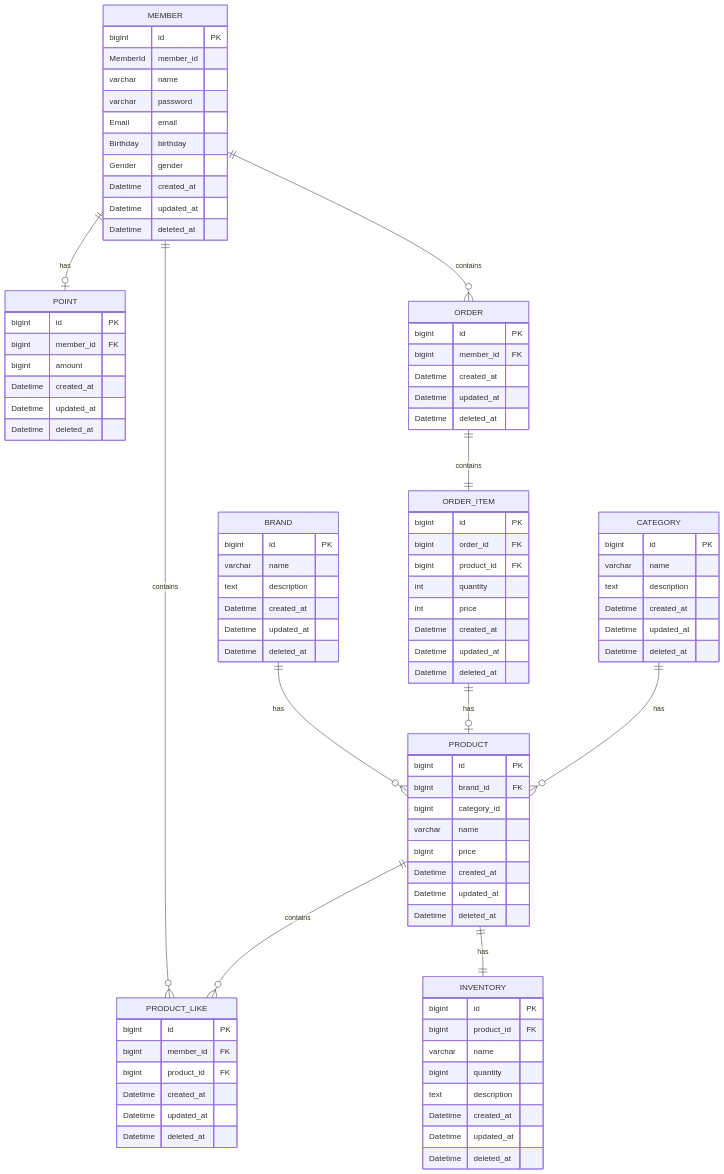
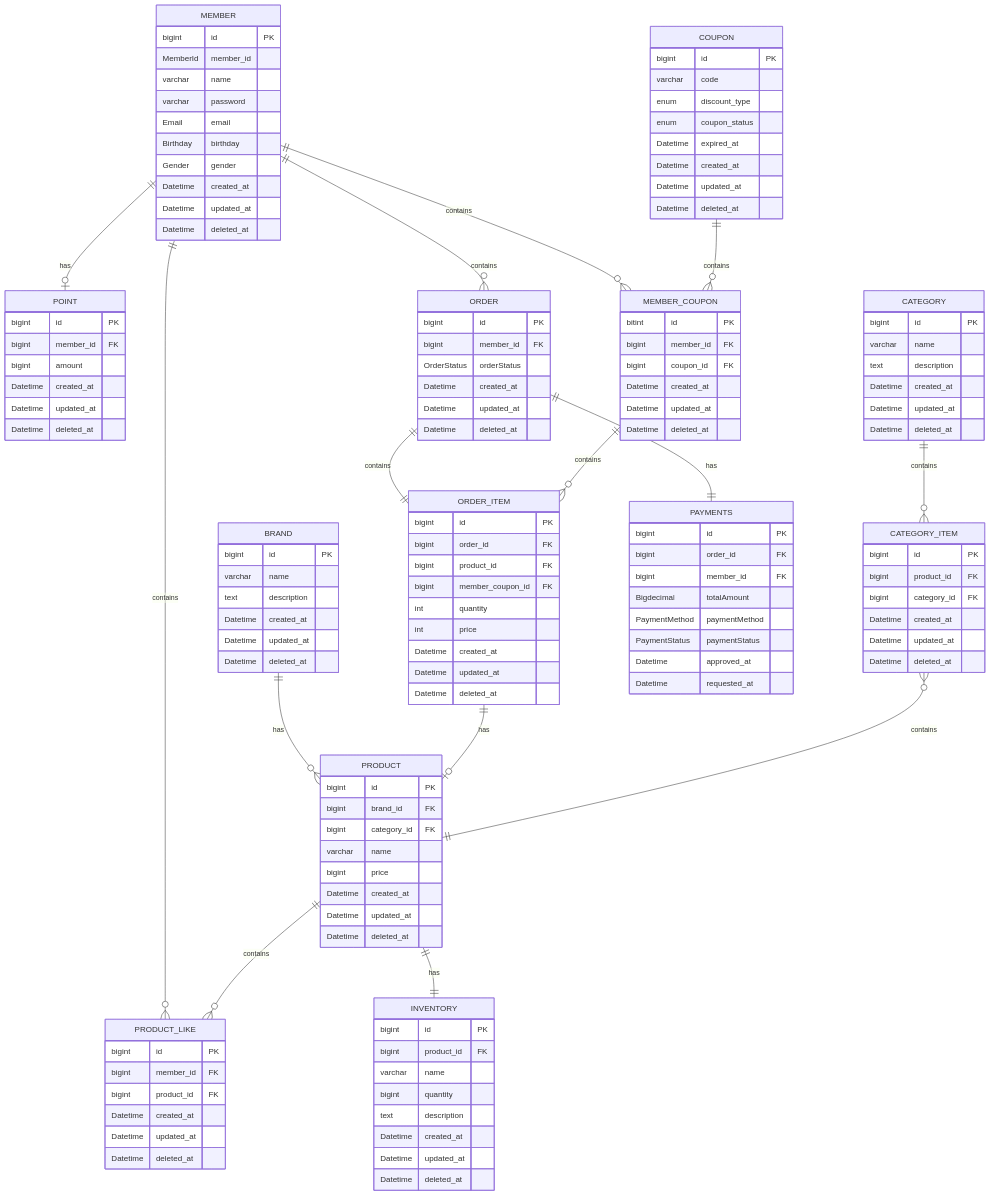
Before and after one commit to impwy/loopers-ecommerce: the diagram in docs/design/04-erd.md, drawn with Mermaid. The commit also changed 80 other files, not shown here.

````diff
--- a/docs/design/04-erd.md
+++ b/docs/design/04-erd.md
@@ -37,6 +37,7 @@
     ORDER {
         bigint id PK
         bigint member_id FK
+        OrderStatus orderStatus
         
         Datetime created_at
         Datetime updated_at
@@ -47,6 +48,7 @@
         bigint id PK
         bigint order_id FK
         bigint product_id FK
+        bigint member_coupon_id FK
         int quantity
         int price
         
@@ -58,7 +60,7 @@
     PRODUCT {
         bigint id PK
         bigint brand_id FK
-        bigint category_id
+        bigint category_id FK
         varchar name
         bigint price
         
@@ -71,6 +73,16 @@
         bigint id PK
         varchar name
         text description
+
+        Datetime created_at
+        Datetime updated_at
+        Datetime deleted_at
+    }
+    
+    CATEGORY_ITEM {
+        bigint id PK
+        bigint product_id FK
+        bigint category_id FK
 
         Datetime created_at
         Datetime updated_at
@@ -99,13 +111,52 @@
         Datetime deleted_at
     }
     
+    MEMBER_COUPON {
+        bitint id PK
+        bigint member_id FK
+        bigint coupon_id FK
+
+        Datetime created_at
+        Datetime updated_at
+        Datetime deleted_at
+    }
+    
+    COUPON {
+        bigint id PK
+        varchar code
+        enum discount_type
+        enum coupon_status
+        Datetime expired_at
+
+        Datetime created_at
+        Datetime updated_at
+        Datetime deleted_at
+    }
+    
+    PAYMENTS {
+        bigint id PK
+        bigint order_id FK
+        bigint member_id FK
+        Bigdecimal totalAmount
+        PaymentMethod paymentMethod
+        PaymentStatus paymentStatus
+
+        Datetime approved_at
+        Datetime requested_at
+    }
+    
     MEMBER ||--o| POINT : has
     MEMBER ||--o{ PRODUCT_LIKE : contains
     MEMBER ||--o{ ORDER : contains
+    MEMBER ||--o{ MEMBER_COUPON : contains
+    COUPON ||--o{ MEMBER_COUPON : contains
     ORDER ||--|| ORDER_ITEM : contains
     PRODUCT ||--o{ PRODUCT_LIKE : contains
     BRAND ||--o{ PRODUCT : has
     ORDER_ITEM ||--o| PRODUCT : has
     PRODUCT ||--|| INVENTORY : has
-    CATEGORY ||--o{ PRODUCT : has
+    CATEGORY ||--o{ CATEGORY_ITEM : contains
+    CATEGORY_ITEM }o-- || PRODUCT : contains
+    ORDER ||--|| PAYMENTS : has
+    MEMBER_COUPON ||--o{ ORDER_ITEM : contains
 ```
````
